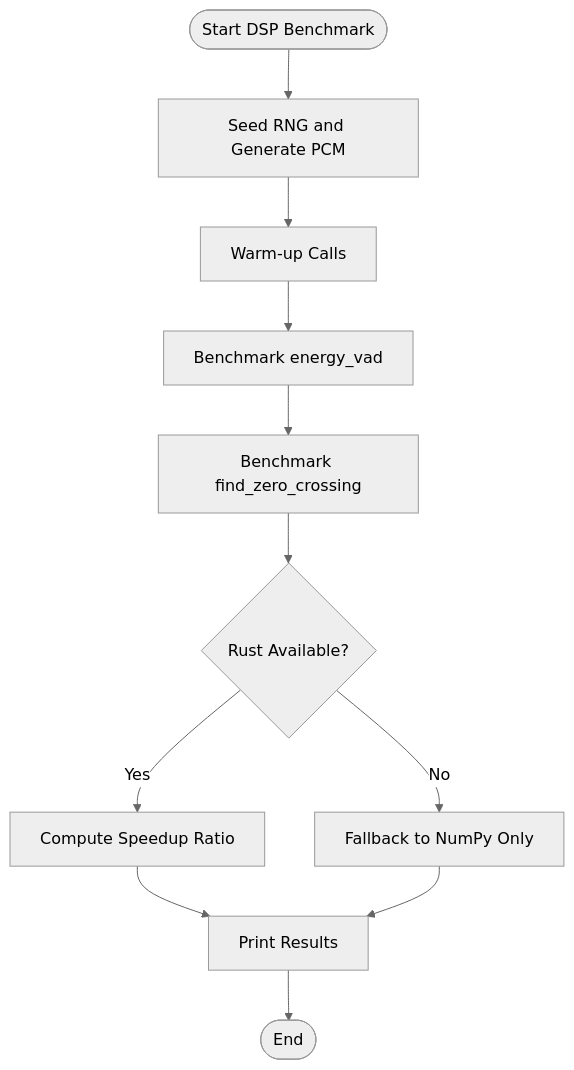
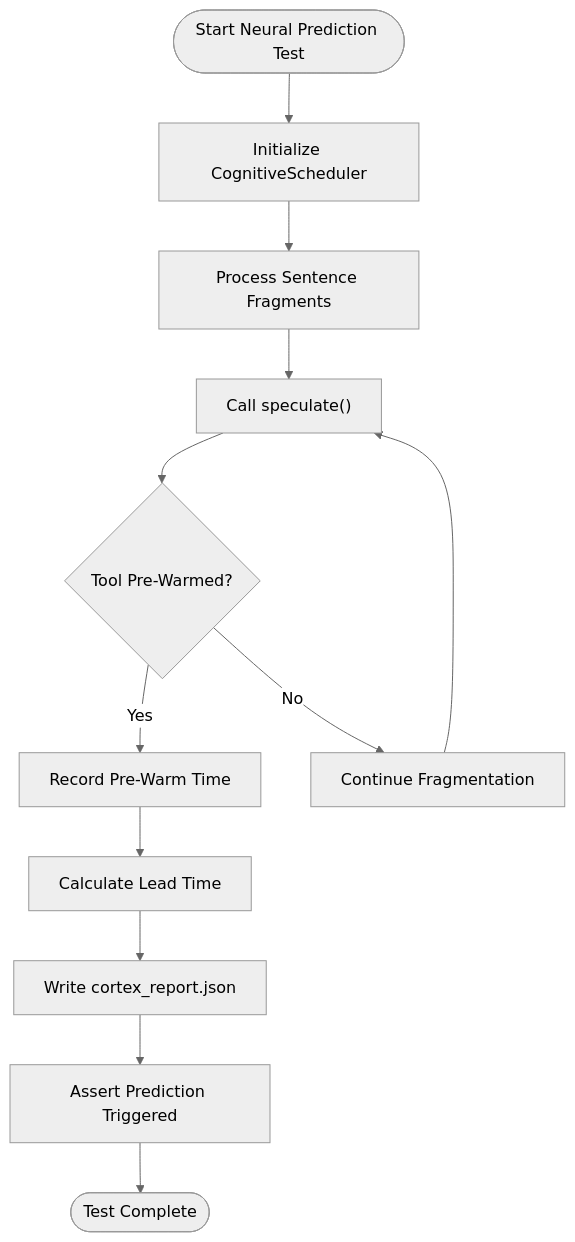
One commit to Moeabdelaziz007/Aether-Voice-OS changed the fifth of 14 diagrams in .qoder/repowiki/en/content/Testing and Quality Assurance/Testing and Quality Assurance.md. Above: the diagram before and after it, drawn with Mermaid (neutral theme). The commit also changed other lines of this file and 29 other files, not shown here.

````diff
--- a/.qoder/repowiki/en/content/Testing and Quality Assurance/Testing and Quality Assurance.md
+++ b/.qoder/repowiki/en/content/Testing and Quality Assurance/Testing and Quality Assurance.md
@@ -286,13 +319,14 @@
 ```mermaid
 flowchart TD
-StartDSP(["Start DSP Benchmark"]) --> Seed["Seed RNG and Generate PCM"]
-Seed --> Warmup["Warm-up Calls"]
-Warmup --> EVAD["Benchmark energy_vad"]
-EVAD --> ZC["Benchmark find_zero_crossing"]
-ZC --> Compare{"Rust Available?"}
-Compare --> |Yes| Speedup["Compute Speedup Ratio"]
-Compare --> |No| NoRust["Fallback to NumPy Only"]
-Speedup --> Report["Print Results"]
-NoRust --> Report
-Report --> EndDSP(["End"])
+StartNP(["Start Neural Prediction Test"]) --> Init["Initialize CognitiveScheduler"]
+Init --> Fragments["Process Sentence Fragments"]
+Fragments --> Predict["Call speculate()"]
+Predict --> Check{"Tool Pre-Warmed?"}
+Check --> |Yes| Record["Record Pre-Warm Time"]
+Check --> |No| Continue["Continue Fragmentation"]
+Continue --> Predict
+Record --> Calc["Calculate Lead Time"]
+Calc --> Report["Write cortex_report.json"]
+Report --> Assert["Assert Prediction Triggered"]
+Assert --> EndNP(["Test Complete"])
 ```
````
